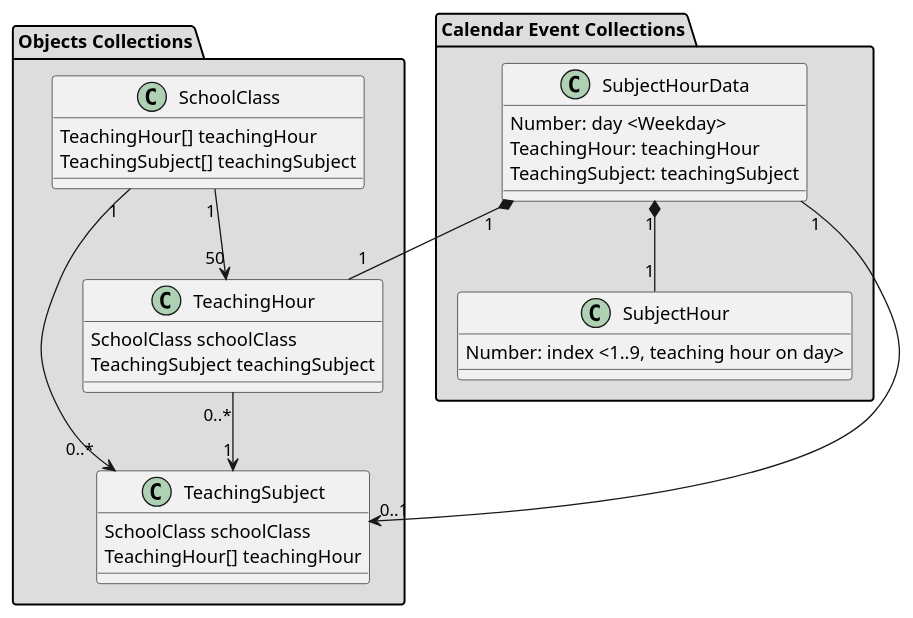
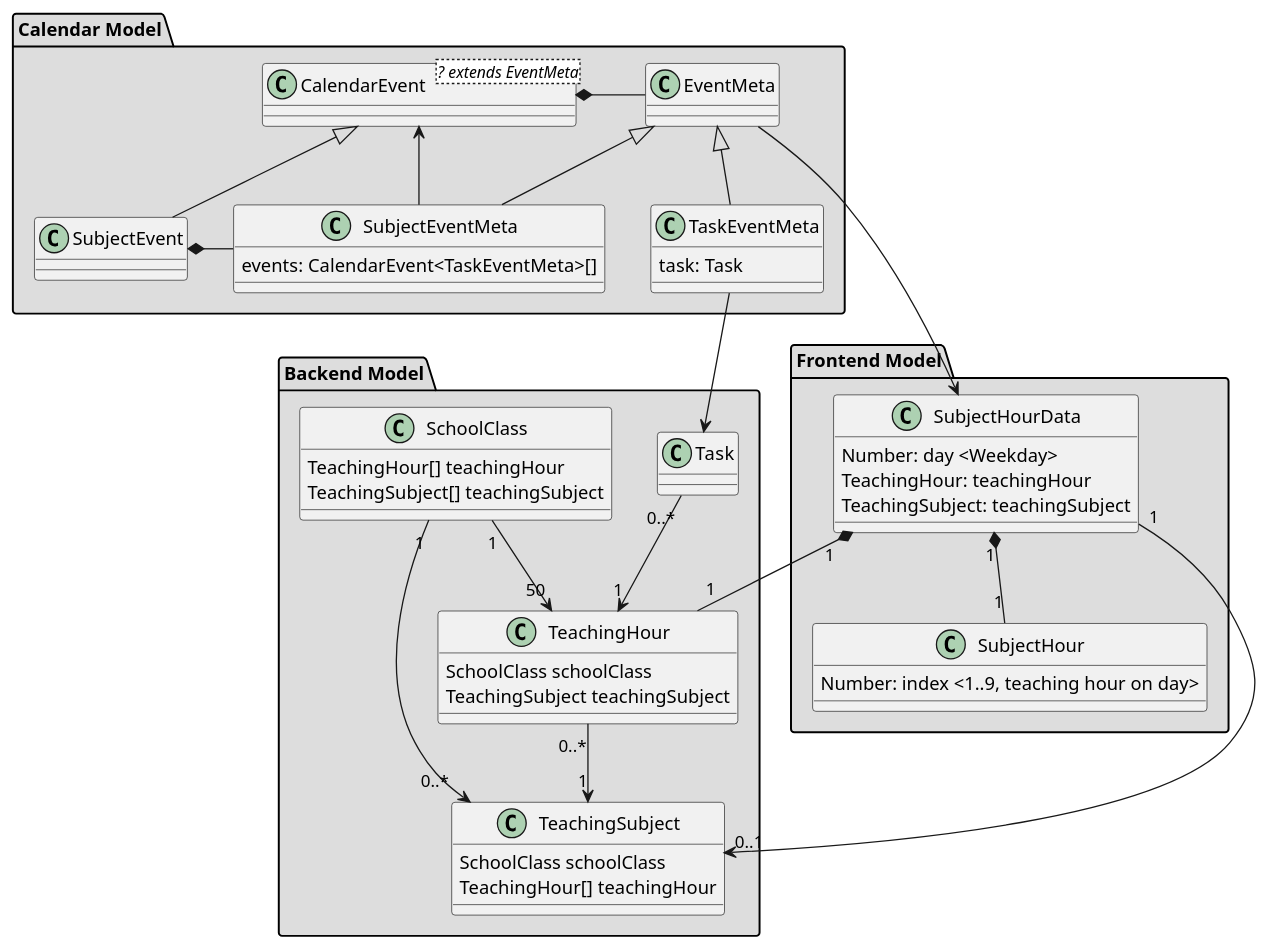
Before and after one commit to EnricoSchw/wiss3n: the diagram in doc/uml/calendar-events.puml, drawn with PlantUML. The commit also changed 3 other files, not shown here.

Commit message:
Add calendar event model docu

```diff
--- a/doc/uml/calendar-events.puml
+++ b/doc/uml/calendar-events.puml
@@ -1,40 +1,73 @@
 @startuml
 
-package "Objects Collections" #DDDDDD {
+package "Backend Model" #DDDDDD {
 class SchoolClass {
     TeachingHour[] teachingHour
     TeachingSubject[] teachingSubject
 }
 
 class TeachingHour {
     SchoolClass schoolClass
     TeachingSubject teachingSubject
 }
 
 
 class TeachingSubject {
     SchoolClass schoolClass
     TeachingHour[] teachingHour
 }
 
+class Task
+
 SchoolClass "1" --> "50" TeachingHour
 SchoolClass "1" --> "0..*" TeachingSubject
 TeachingHour "0..*" --> "1" TeachingSubject
+Task "0..*" --> "1" TeachingHour
 }
 
-package "Calendar Event Collections" #DDDDDD {
+package "Frontend Model" #DDDDDD {
 class SubjectHourData {
     Number: day <Weekday>
     TeachingHour: teachingHour
     TeachingSubject: teachingSubject
 }
 class SubjectHour {
     Number: index <1..9, teaching hour on day>
 }
 
 SubjectHourData "1" *-- "1" SubjectHour
 SubjectHourData "1" *-- "1" TeachingHour
 
 SubjectHourData "1" --> "0..1"  TeachingSubject
 }
+
+package "Calendar Model" #DDDDDD {
+class CalendarEvent<? extends EventMeta>
+class EventMeta
+class SubjectEventMeta {
+    events: CalendarEvent<TaskEventMeta>[]
+}
+class TaskEventMeta {
+    task: Task
+}
+
+CalendarEvent *- EventMeta
+SubjectEvent *- SubjectEventMeta
+
+
+class SubjectEvent {
+
+}
+
+
+EventMeta <|--  SubjectEventMeta
+EventMeta <|--  TaskEventMeta
+CalendarEvent <|-- SubjectEvent
+
+SubjectEventMeta --> CalendarEvent
+}
+
+TaskEventMeta --> Task
+
+EventMeta --> SubjectHourData
 @enduml
```
